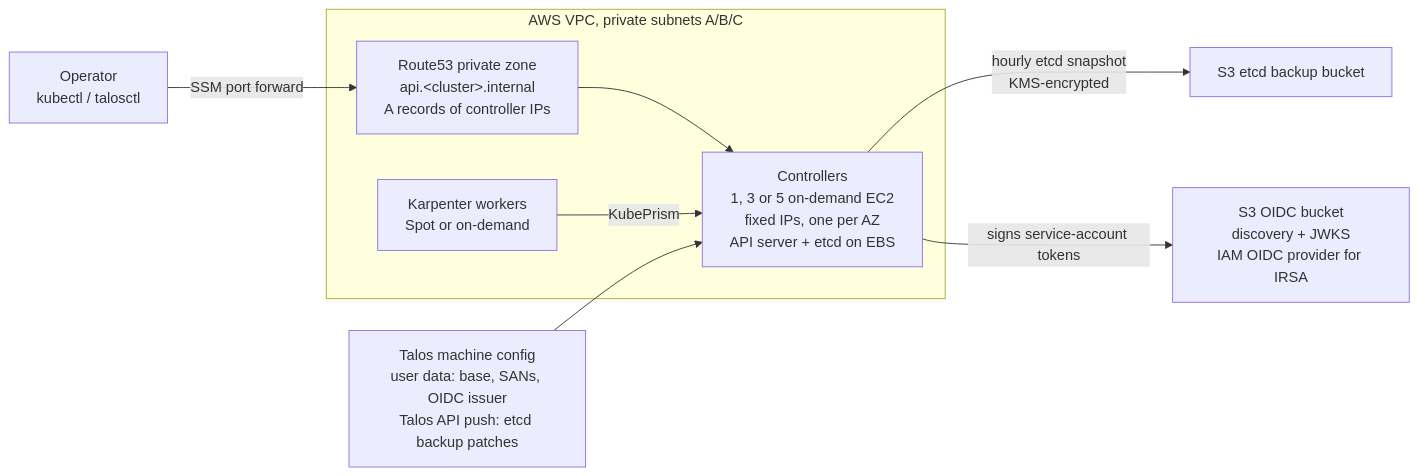
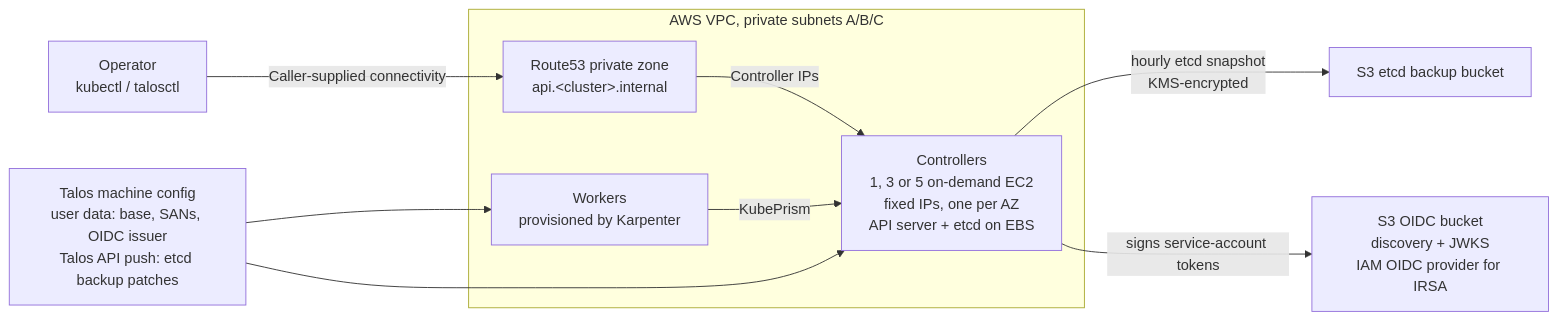
The first of 2 diagrams in packages/infrastructure/aws_kube_talos/README.md (wesbragagt/panfactum-stack), drawn with Mermaid before and after one commit. The commit also changed other lines of this file and 40 other files, not shown here.

````diff
--- a/packages/infrastructure/aws_kube_talos/README.md
+++ b/packages/infrastructure/aws_kube_talos/README.md
@@ -7,14 +7,15 @@
 ```mermaid
 flowchart LR
-  op["Operator<br/>kubectl / talosctl"] -->|SSM port forward| dns
+  op["Operator<br/>kubectl / talosctl"] -->|Caller-supplied connectivity| dns
   subgraph aws["AWS VPC, private subnets A/B/C"]
-    dns["Route53 private zone<br/>api.&lt;cluster&gt;.internal<br/>A records of controller IPs"]
+    dns["Route53 private zone<br/>api.&lt;cluster&gt;.internal"]
     cp["Controllers<br/>1, 3 or 5 on-demand EC2<br/>fixed IPs, one per AZ<br/>API server + etcd on EBS"]
-    wk["Karpenter workers<br/>Spot or on-demand"]
-    dns --> cp
+    wk["Workers<br/>provisioned by Karpenter"]
+    dns -->|Controller IPs| cp
     wk -->|KubePrism| cp
   end
   cfg["Talos machine config<br/>user data: base, SANs, OIDC issuer<br/>Talos API push: etcd backup patches"] --> cp
+  cfg --> wk
   cp -->|hourly etcd snapshot<br/>KMS-encrypted| bkp["S3 etcd backup bucket"]
   cp -->|signs service-account tokens| oidc["S3 OIDC bucket<br/>discovery + JWKS<br/>IAM OIDC provider for IRSA"]
 ```
````
